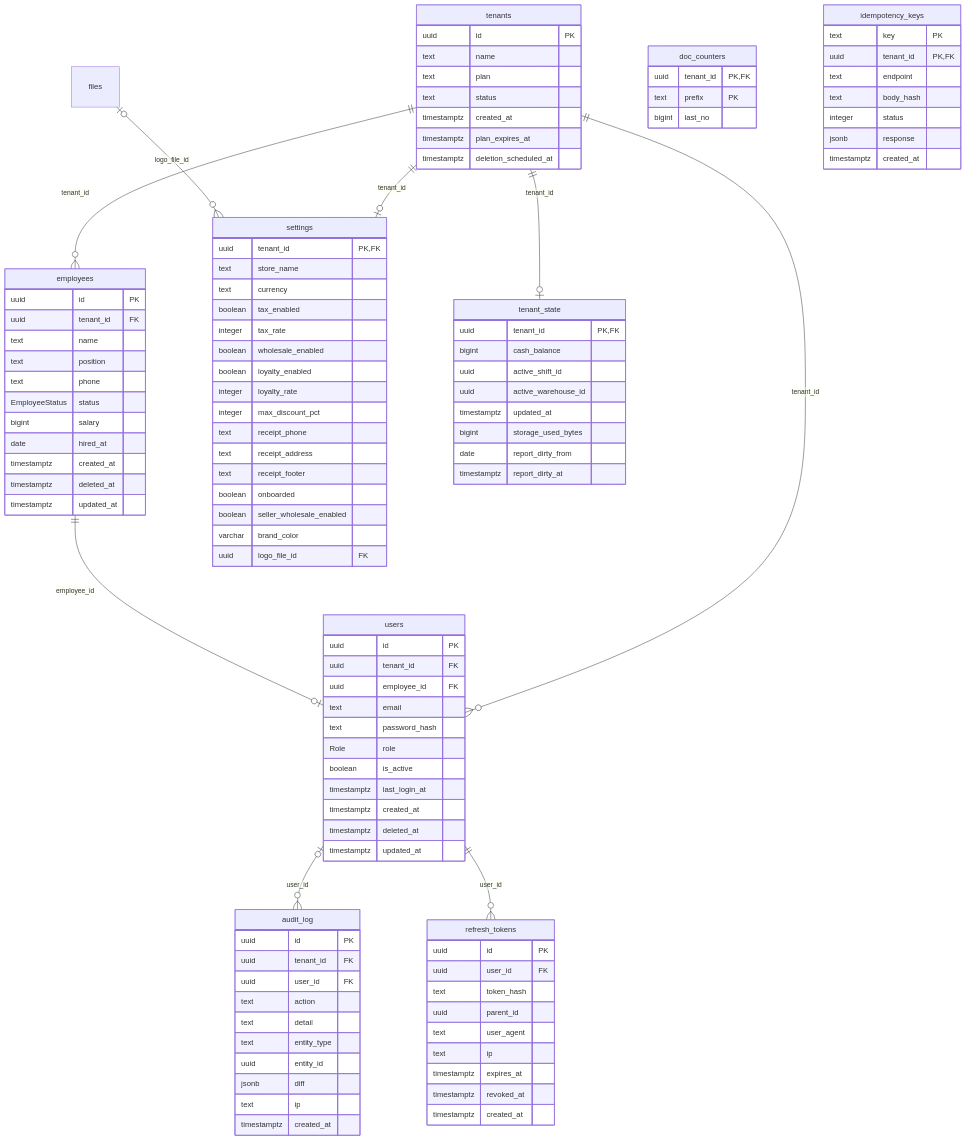
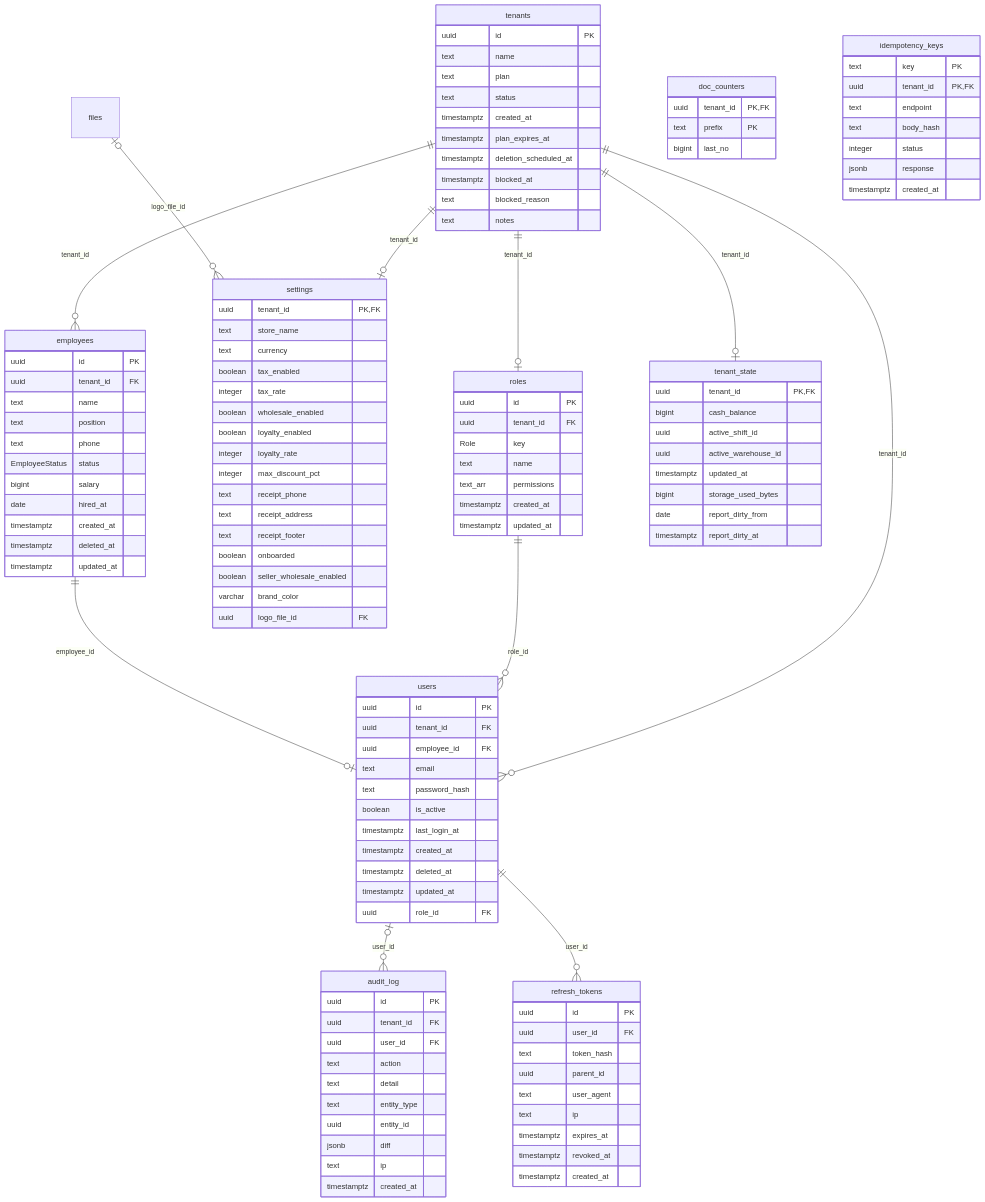
One commit to Ulugbek-Mominjonov/crm-api changed the second of 10 diagrams in docs/database/README.md. Above: the diagram before and after it, drawn with Mermaid. The commit also changed other lines of this file and 62 other files, not shown here.

```diff
--- a/docs/database/README.md
+++ b/docs/database/README.md
@@ -74,7 +77,9 @@
 erDiagram
     employees ||--o| users : "employee_id"
     files |o--o{ settings : "logo_file_id"
+    roles ||--o{ users : "role_id"
     tenants ||--o{ employees : "tenant_id"
+    tenants ||--o| roles : "tenant_id"
     tenants ||--o| settings : "tenant_id"
     tenants ||--o| tenant_state : "tenant_id"
     tenants ||--o{ users : "tenant_id"
@@ -88,6 +93,9 @@
         timestamptz created_at
         timestamptz plan_expires_at
         timestamptz deletion_scheduled_at
+        timestamptz blocked_at
+        text blocked_reason
+        text notes
     }
     tenant_state {
         uuid tenant_id PK, FK
@@ -136,11 +144,20 @@
         uuid employee_id FK
         text email
         text password_hash
-        Role role
         boolean is_active
         timestamptz last_login_at
         timestamptz created_at
         timestamptz deleted_at
+        timestamptz updated_at
+        uuid role_id FK
+    }
+    roles {
+        uuid id PK
+        uuid tenant_id FK
+        Role key
+        text name
+        text_arr permissions
+        timestamptz created_at
         timestamptz updated_at
     }
     refresh_tokens {
```
